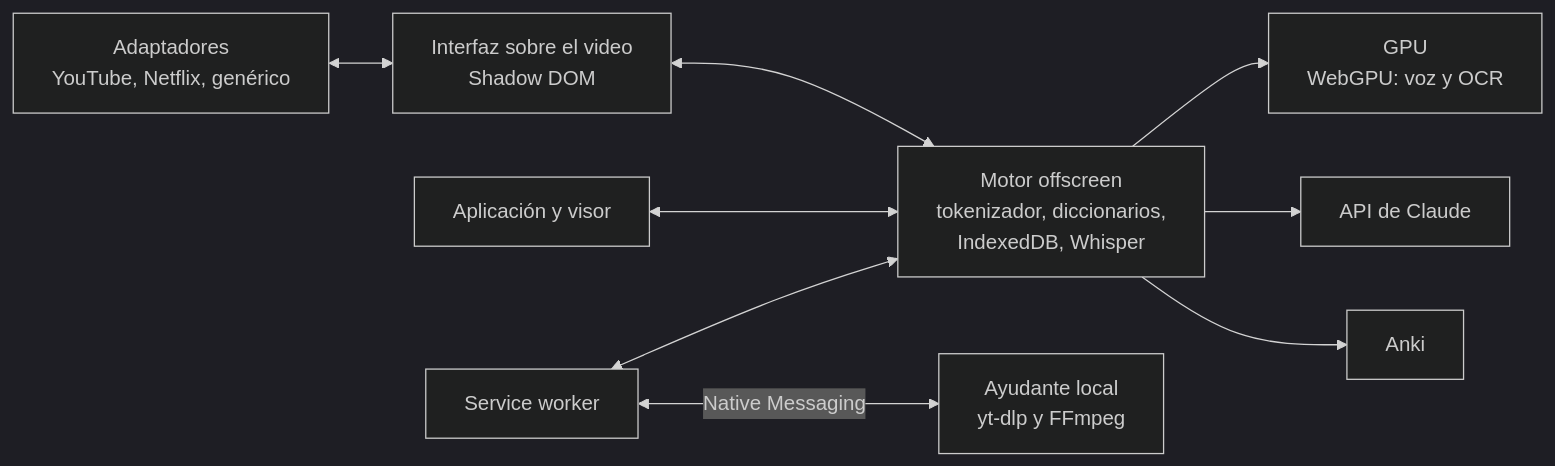
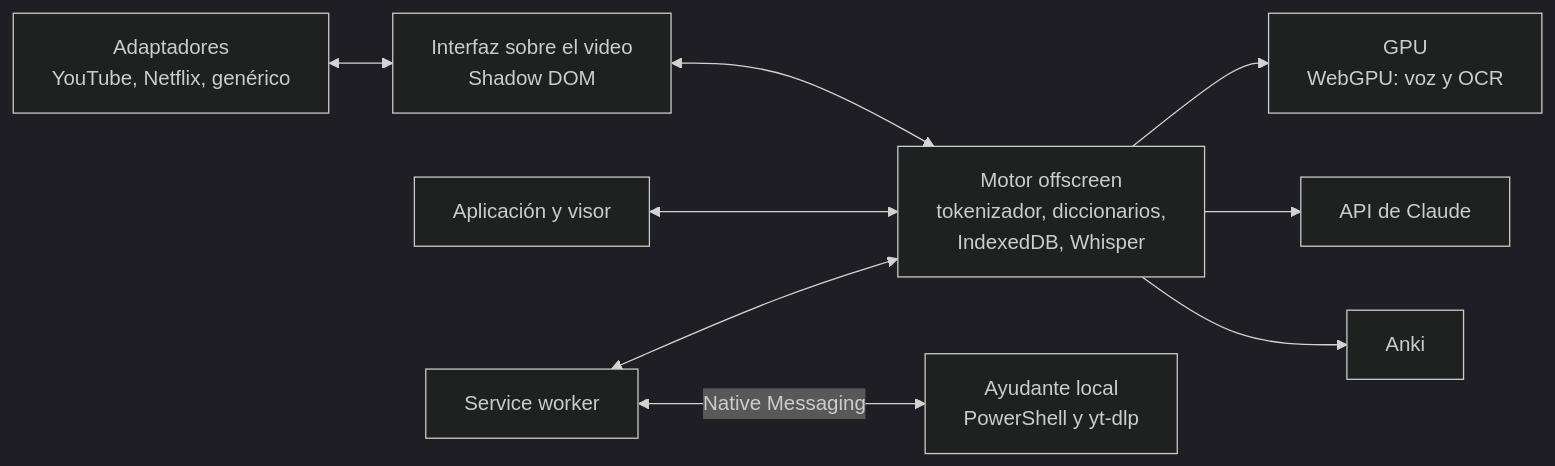
The second of 2 diagrams in README.md (Eliam4510/kotonoha), drawn with Mermaid (dark theme) before and after one commit. The commit also changed other lines of this file and 83 other files, not shown here.

````diff
--- a/README.md
+++ b/README.md
@@ -172,11 +174,11 @@
 ```mermaid
 flowchart LR
   P["Adaptadores<br/>YouTube, Netflix, genérico"] <--> C["Interfaz sobre el video<br/>Shadow DOM"]
   C <--> M["Motor offscreen<br/>tokenizador, diccionarios,<br/>IndexedDB, Whisper"]
   A["Aplicación y visor"] <--> M
   M --> G["GPU<br/>WebGPU: voz y OCR"]
   M --> CL["API de Claude"]
   M --> AN["Anki"]
   S["Service worker"] <--> M
-  S <-->|Native Messaging| H["Ayudante local<br/>yt-dlp y FFmpeg"]
+  S <-->|Native Messaging| H["Ayudante local<br/>PowerShell y yt-dlp"]
 ```
````
